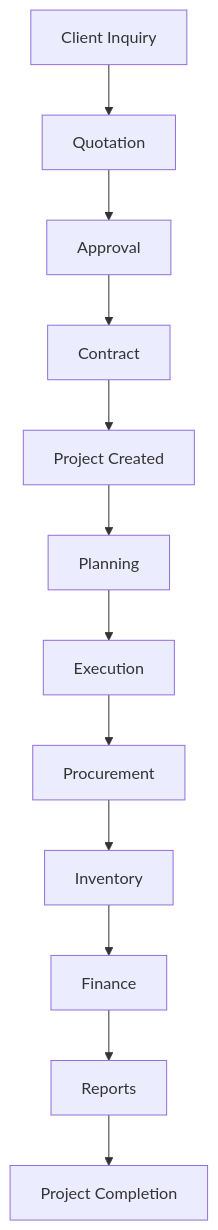
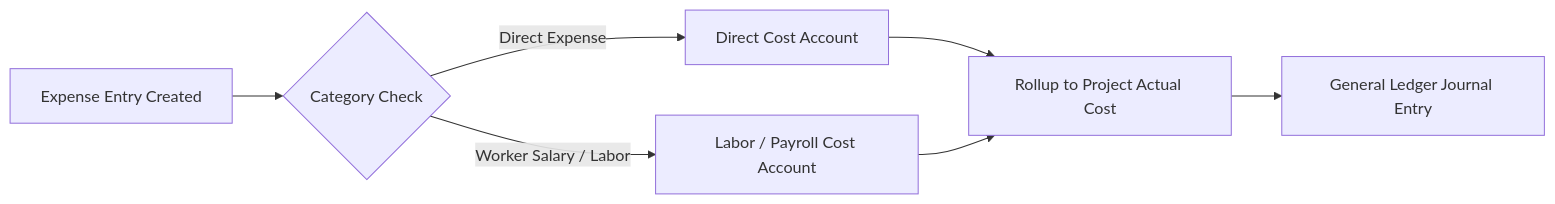
The second of 3 diagrams in docs/02_BUSINESS_ANALYSIS.md (Mubarakizere/creative-erp), drawn with Mermaid before and after one commit. The commit also changed other lines of this file and 10 other files, not shown here.

````diff
--- a/docs/02_BUSINESS_ANALYSIS.md
+++ b/docs/02_BUSINESS_ANALYSIS.md
@@ -719,28 +57,9 @@
 ```mermaid
-flowchart TD
-
-A[Client Inquiry]
-B[Quotation]
-C[Approval]
-D[Contract]
-E[Project Created]
-F[Planning]
-G[Execution]
-H[Procurement]
-I[Inventory]
-J[Finance]
-K[Reports]
-L[Project Completion]
-
-A --> B
-B --> C
-C --> D
-D --> E
-E --> F
-F --> G
-G --> H
-H --> I
-I --> J
-J --> K
-K --> L
+flowchart LR
+    A[Expense Entry Created] --> B{Category Check}
+    B -- Direct Expense --> C[Direct Cost Account]
+    B -- Worker Salary / Labor --> D[Labor / Payroll Cost Account]
+    C --> E[Rollup to Project Actual Cost]
+    D --> E
+    E --> F[General Ledger Journal Entry]
 ```
````
